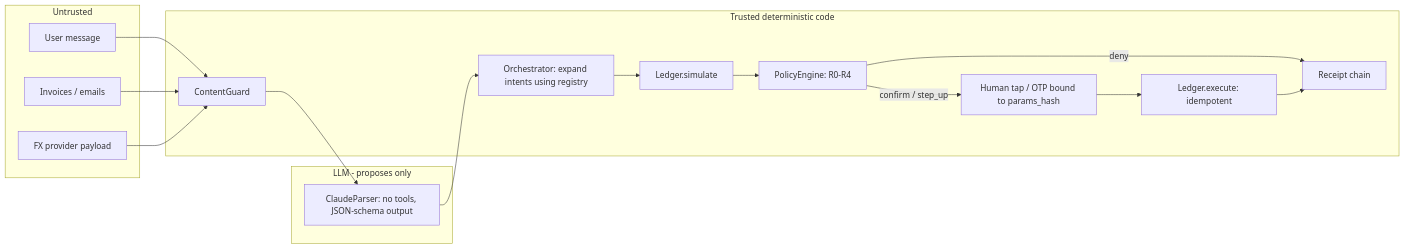
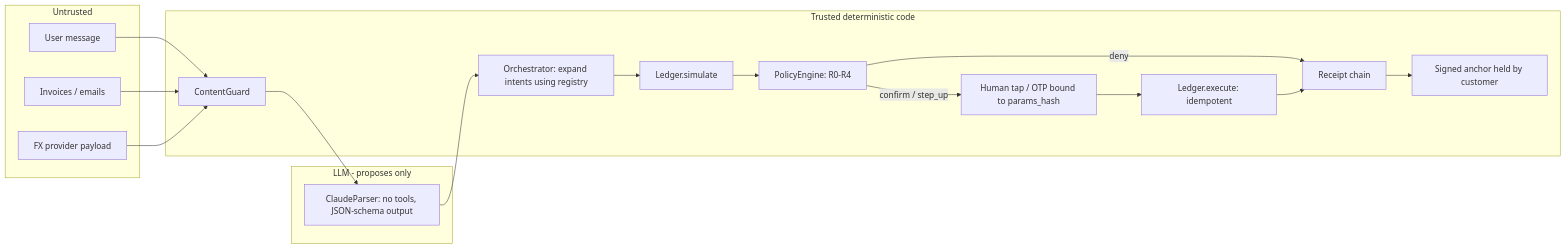
One commit to Arracheur2Bonnet/Borderless changed the diagram in deliverables/technical_document.md. Above: the diagram before and after it, drawn with Mermaid. The commit also changed other lines of this file and 6 other files, not shown here.

````diff
--- a/deliverables/technical_document.md
+++ b/deliverables/technical_document.md
@@ -84,25 +116,27 @@
 ```mermaid
 flowchart LR
   subgraph U[Untrusted]
     M[User message]
     D[Invoices / emails]
     F[FX provider payload]
   end
   subgraph L[LLM - proposes only]
     C[ClaudeParser: no tools, JSON-schema output]
   end
   subgraph T[Trusted deterministic code]
     G[ContentGuard]
     O[Orchestrator: expand intents using registry]
     S[Ledger.simulate]
     P[PolicyEngine: R0-R4]
     H[Human tap / OTP bound to params_hash]
     X[Ledger.execute: idempotent]
     R[Receipt chain]
+    A[Signed anchor held by customer]
   end
   M --> G --> C --> O --> S --> P
   D --> G
   F --> G
   P -- deny --> R
   P -- confirm / step_up --> H --> X --> R
+  R --> A
 ```
````
